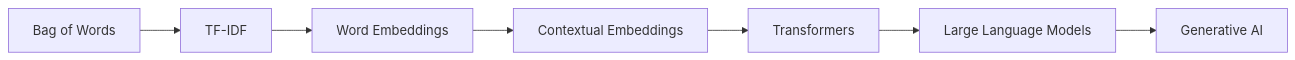
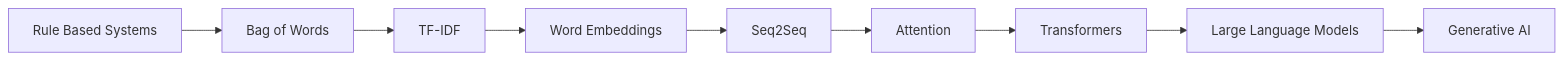
Before and after one commit to Tila173/MS-AI-FAST-Islamabad-Sem2: the second of 2 diagrams in Natural Language Processing/README.md, drawn with Mermaid. The commit also changed other lines of this file, not shown here.

````diff
--- a/Natural Language Processing/README.md
+++ b/Natural Language Processing/README.md
@@ -193,16 +194,20 @@
 ```mermaid
 graph LR
 
-A[Bag of Words]
---> B[TF-IDF]
+A[Rule Based Systems]
+--> B[Bag of Words]
 
-B --> C[Word Embeddings]
+B --> C[TF-IDF]
 
-C --> D[Contextual Embeddings]
+C --> D[Word Embeddings]
 
-D --> E[Transformers]
+D --> E[Seq2Seq]
 
-E --> F[Large Language Models]
+E --> F[Attention]
 
-F --> G[Generative AI]
+F --> G[Transformers]
+
+G --> H[Large Language Models]
+
+H --> I[Generative AI]
 ```
````
